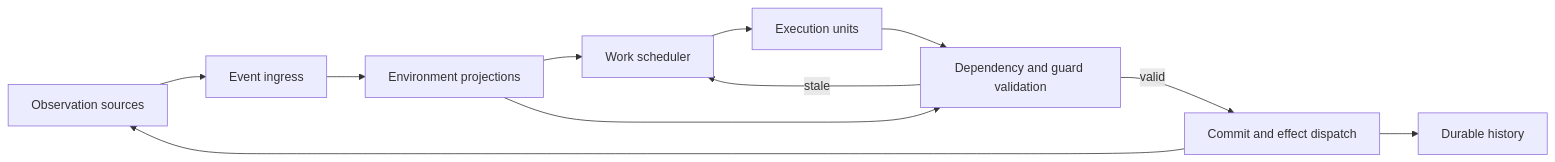
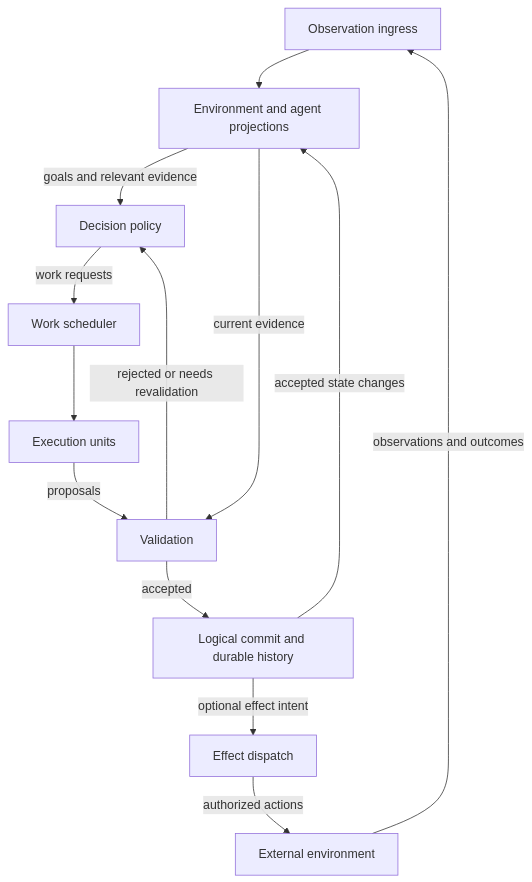
The diagram in doc/concurrent-agent-runtime.md (Gujiawei-Edinburgh/canary-agent), drawn with Mermaid before and after one commit. The commit also changed other lines of this file, not shown here.

````diff
--- a/doc/concurrent-agent-runtime.md
+++ b/doc/concurrent-agent-runtime.md
@@ -60,22 +65,25 @@
 ```mermaid
-flowchart LR
-    Sources[Observation sources]
-    Ingress[Event ingress]
-    Projection[Environment projections]
-    Scheduler[Work scheduler]
-    Units[Execution units]
-    Validate[Dependency and guard validation]
-    Commit[Commit and effect dispatch]
-    Durable[Durable history]
-
-    Sources --> Ingress
-    Ingress --> Projection
-    Projection --> Scheduler
-    Scheduler --> Units
-    Units --> Validate
-    Projection --> Validate
-    Validate -->|valid| Commit
-    Validate -->|stale| Scheduler
-    Commit --> Durable
-    Commit --> Sources
+flowchart TD
+   Ingress[Observation ingress]
+   State[Environment and agent projections]
+   Decision[Decision policy]
+   Scheduler[Work scheduler]
+   Units[Execution units]
+   Validate[Validation]
+   Commit[Logical commit and durable history]
+   Dispatch[Effect dispatch]
+   Environment[External environment]
+        
+   Environment -->|observations and outcomes| Ingress
+   Ingress --> State
+   State -->|goals and relevant evidence| Decision
+   Decision -->|work requests| Scheduler
+   Scheduler --> Units
+   Units -->|proposals| Validate
+   State -->|current evidence| Validate
+   Validate -->|accepted| Commit
+   Validate -->|rejected or needs revalidation| Decision
+   Commit -->|accepted state changes| State
+   Commit -->|optional effect intent| Dispatch
+   Dispatch -->|authorized actions| Environment
 ```
````
